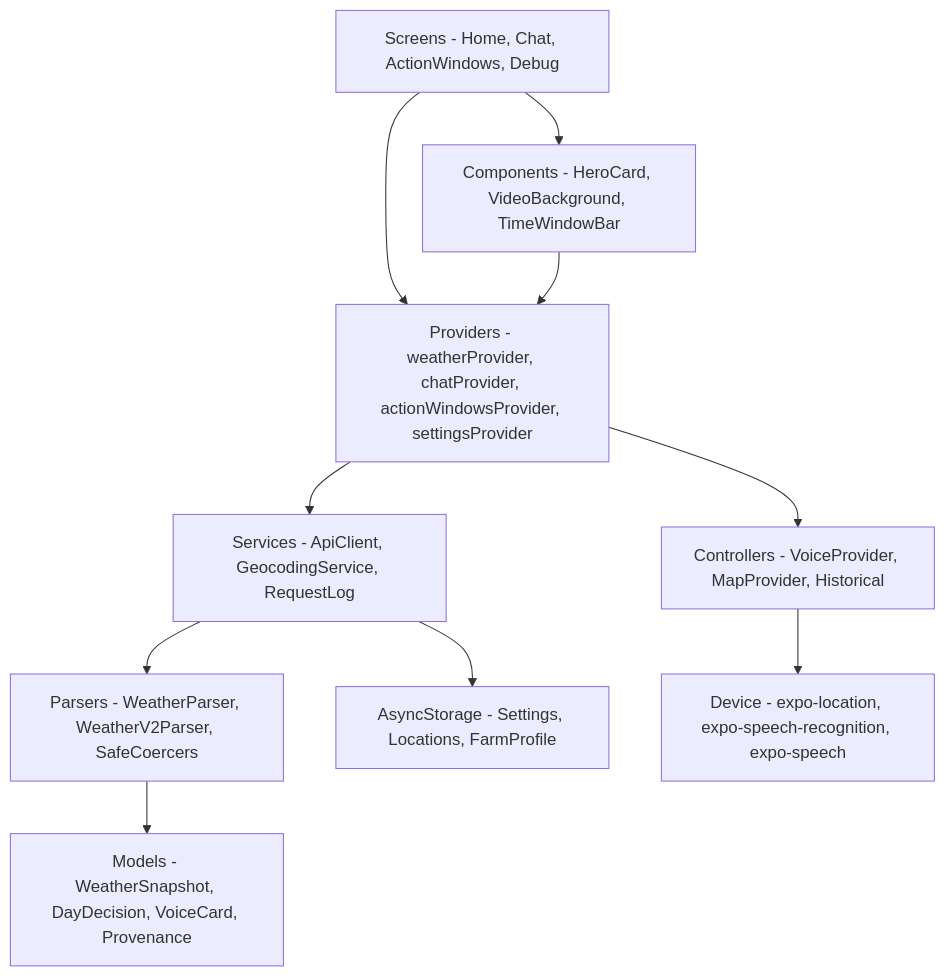
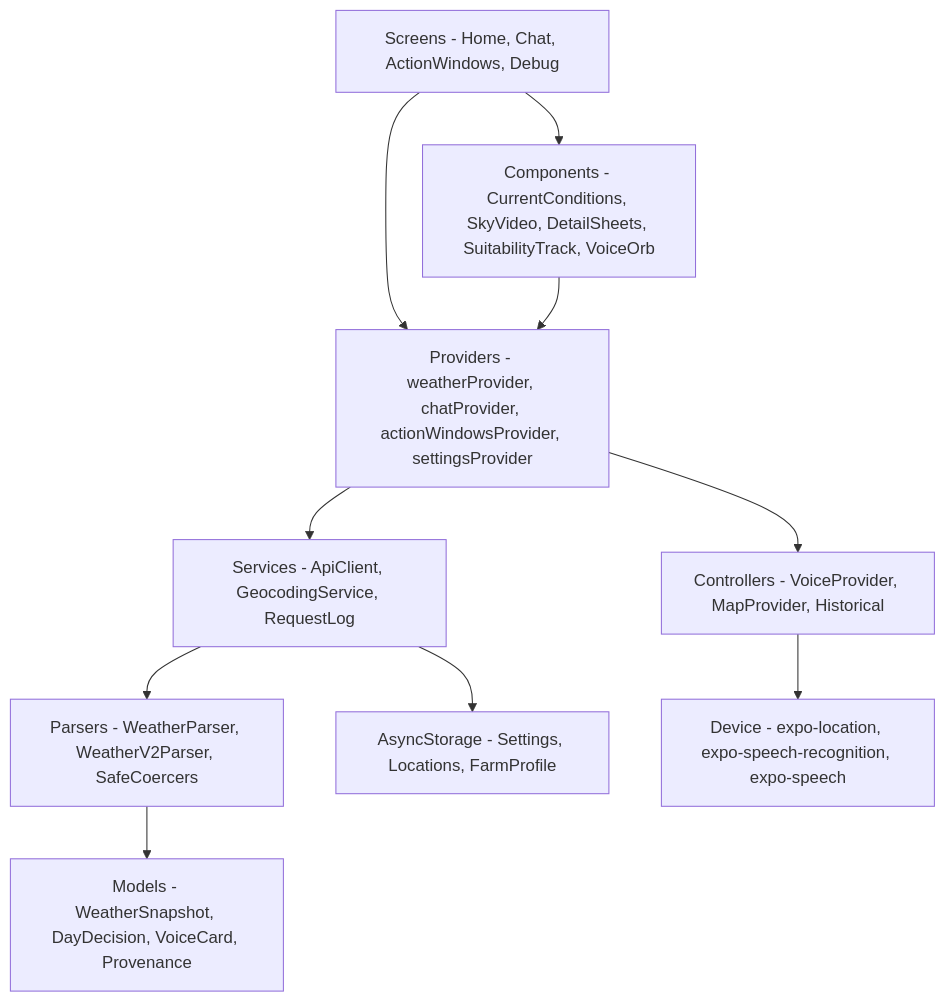
The third of 7 diagrams in ARCHITECTURE.md (omsenjalia/weathergpt-app), drawn with Mermaid before and after one commit. The commit also changed other lines of this file and 67 other files, not shown here.

First line of the commit message:
Voice-first UX, Bhashini speech, video skies, forecast details, full-screen map

````diff
--- a/ARCHITECTURE.md
+++ b/ARCHITECTURE.md
@@ -346,22 +326,22 @@
 ```mermaid
 graph TD
     VIEWS["Screens - Home, Chat, ActionWindows, Debug"]
-    WIDGETS["Components - HeroCard, VideoBackground, TimeWindowBar"]
+    WIDGETS["Components - CurrentConditions, SkyVideo, DetailSheets, SuitabilityTrack, VoiceOrb"]
     NOTIFIERS["Providers - weatherProvider, chatProvider, actionWindowsProvider, settingsProvider"]
     CONTROLLERS["Controllers - VoiceProvider, MapProvider, Historical"]
     PARSERS["Parsers - WeatherParser, WeatherV2Parser, SafeCoercers"]
     MODELS["Models - WeatherSnapshot, DayDecision, VoiceCard, Provenance"]
     SERVICES["Services - ApiClient, GeocodingService, RequestLog"]
     STORAGE["AsyncStorage - Settings, Locations, FarmProfile"]
     HARDWARE["Device - expo-location, expo-speech-recognition, expo-speech"]
 
     VIEWS --> WIDGETS
     VIEWS --> NOTIFIERS
     WIDGETS --> NOTIFIERS
     NOTIFIERS --> CONTROLLERS
     NOTIFIERS --> SERVICES
     CONTROLLERS --> HARDWARE
     SERVICES --> PARSERS
     PARSERS --> MODELS
     SERVICES --> STORAGE
 ```
````
